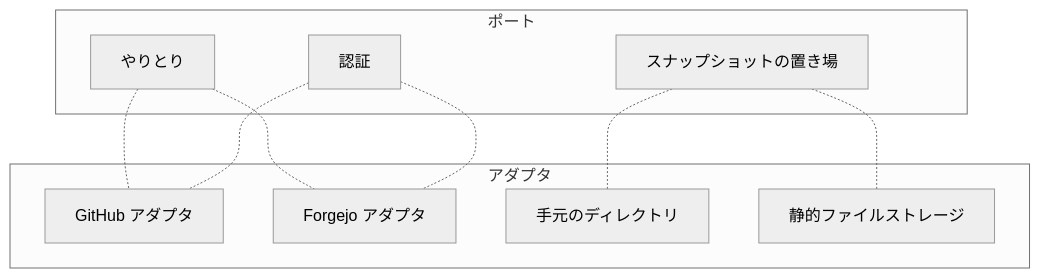
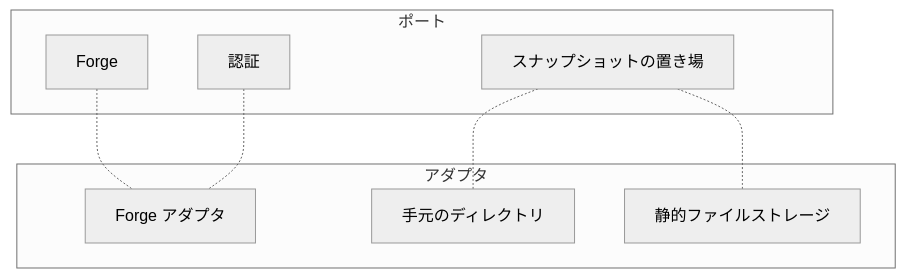
The diagram in design/backend/ports/README.md (yamambainc/logiforge), drawn with Mermaid (neutral theme) before and after one commit. The commit also changed other lines of this file and 43 other files, not shown here.

First line of the commit message:
design, docs: GitHub と Forgejo を、アダプタの外では Forge として書いた

````diff
--- a/design/backend/ports/README.md
+++ b/design/backend/ports/README.md
@@ -21,20 +21,17 @@
 ```mermaid
 flowchart TB
   subgraph PT["ポート"]
-    P2["やりとり"]
+    P2["Forge"]
     P4["スナップショットの置き場"]
     P3["認証"]
   end
   subgraph AD["アダプタ"]
-    GH["GitHub アダプタ"]
-    NFA["Forgejo アダプタ"]
+    FA["Forge アダプタ"]
     DIR["手元のディレクトリ"]
     OBJ["静的ファイルストレージ"]
   end
-  P2 -.- GH
-  P3 -.- GH
-  P2 -.- NFA
-  P3 -.- NFA
+  P2 -.- FA
+  P3 -.- FA
   P4 -.- DIR
   P4 -.- OBJ
 ```
````
